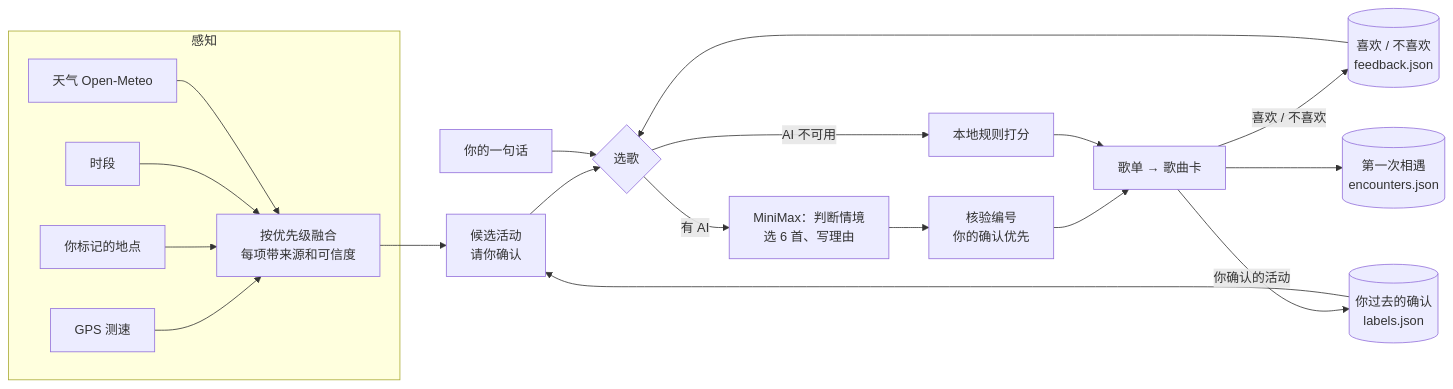
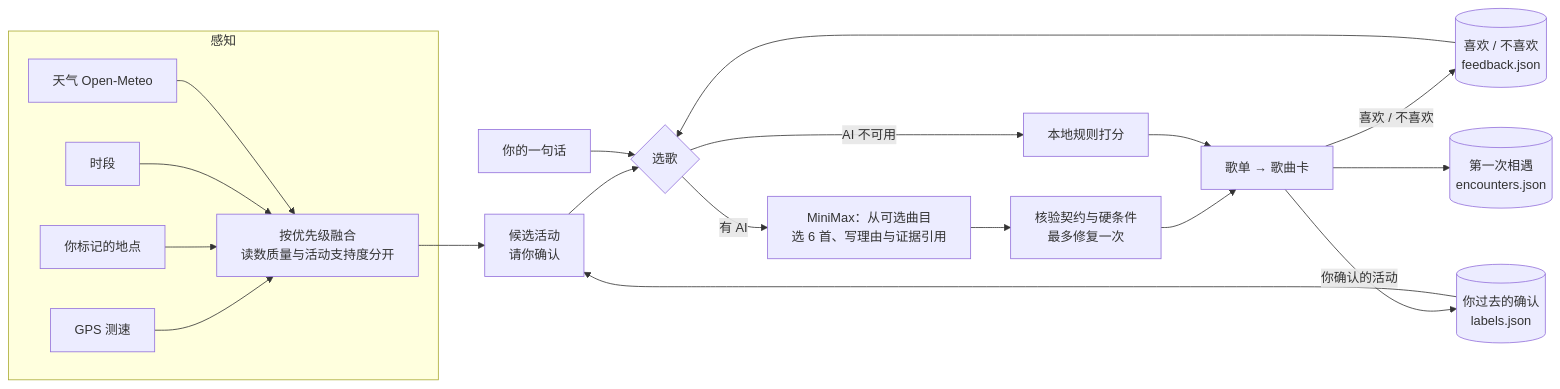
Before and after one commit to peterdlick-stack/agentic-app: the second of 2 diagrams in README.md, drawn with Mermaid. The commit also changed other lines of this file and 4 other files, not shown here.

````diff
--- a/README.md
+++ b/README.md
@@ -186,21 +186,21 @@
 ```mermaid
 flowchart LR
   subgraph 感知
     G[GPS 测速] --> F
     P[你标记的地点] --> F
     T[时段] --> F
     W[天气 Open-Meteo] --> F
   end
   L[(你过去的确认<br/>labels.json)] --> C
-  F[按优先级融合<br/>每项带来源和可信度] --> C[候选活动<br/>请你确认]
+  F[按优先级融合<br/>读数质量与活动支持度分开] --> C[候选活动<br/>请你确认]
   C --> R{选歌}
   U[你的一句话] --> R
   B[(喜欢 / 不喜欢<br/>feedback.json)] --> R
-  R -->|有 AI| A[MiniMax：判断情境<br/>选 6 首、写理由] --> V[核验编号<br/>你的确认优先]
+  R -->|有 AI| A[MiniMax：从可选曲目<br/>选 6 首、写理由与证据引用] --> V[核验契约与硬条件<br/>最多修复一次]
   R -->|AI 不可用| N[本地规则打分]
   V --> S[歌单 → 歌曲卡]
   N --> S
   S -->|喜欢 / 不喜欢| B
   S -->|你确认的活动| L
   S --> E[(第一次相遇<br/>encounters.json)]
 ```
````
